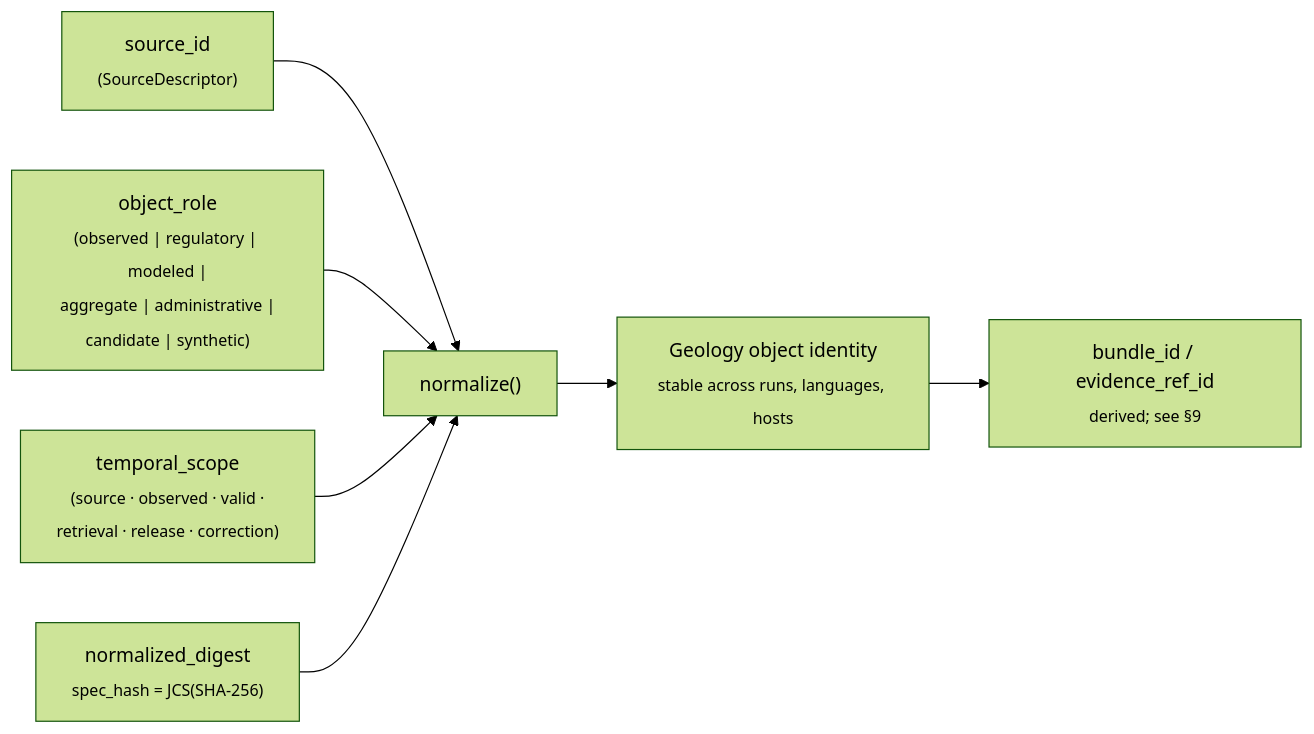
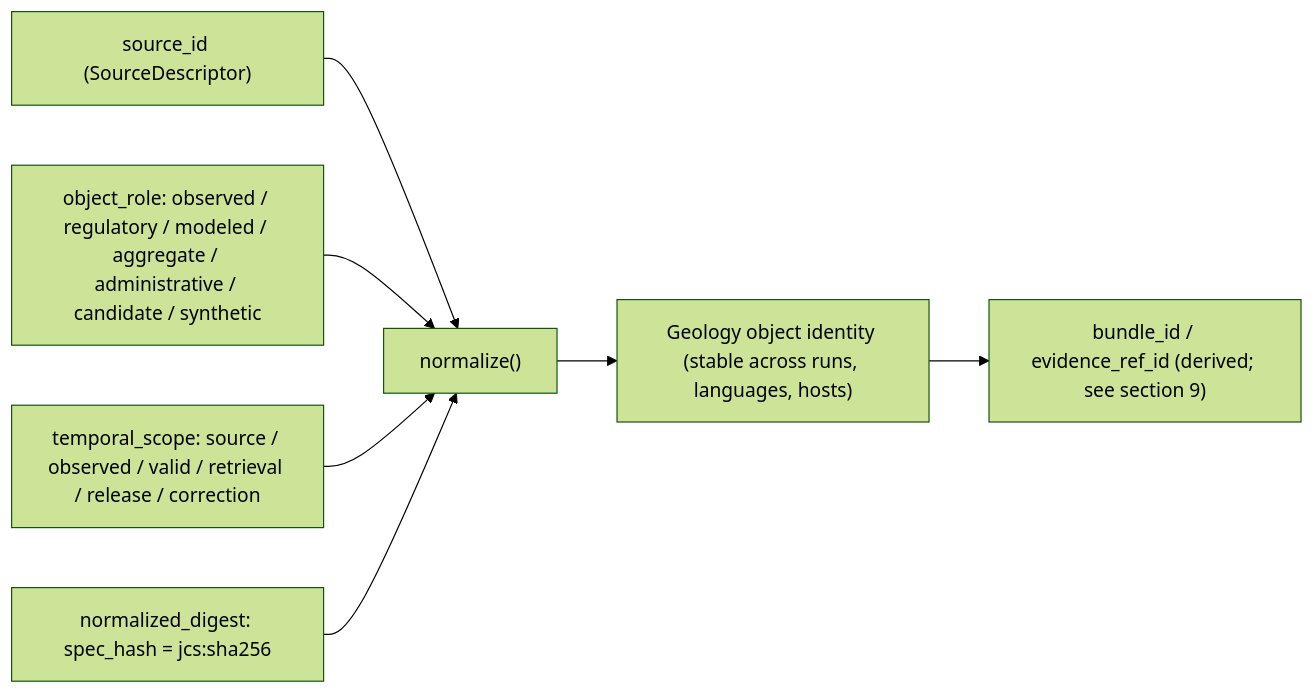
Before and after one commit to bartytime4life/Kansas-Frontier-Matrix: the first of 4 diagrams in docs/domains/geology/IDENTITY_MODEL.md, drawn with Mermaid (forest theme). The commit also changed other lines of this file, not shown here.

````diff
--- a/docs/domains/geology/IDENTITY_MODEL.md
+++ b/docs/domains/geology/IDENTITY_MODEL.md
@@ -168,9 +181,9 @@
 ```mermaid
 flowchart LR
-    A["source_id<br/><sub>(SourceDescriptor)</sub>"] --> N["normalize()"]
-    B["object_role<br/><sub>(observed | regulatory | modeled |<br/>aggregate | administrative |<br/>candidate | synthetic)</sub>"] --> N
-    C["temporal_scope<br/><sub>(source · observed · valid ·<br/>retrieval · release · correction)</sub>"] --> N
-    D["normalized_digest<br/><sub>spec_hash = JCS(SHA-256)</sub>"] --> N
-    N --> ID["Geology object identity<br/><sub>stable across runs, languages, hosts</sub>"]
-    ID --> BID["bundle_id / evidence_ref_id<br/><sub>derived; see §9</sub>"]
+    A["source_id (SourceDescriptor)"] --> N["normalize()"]
+    B["object_role: observed / regulatory / modeled / aggregate / administrative / candidate / synthetic"] --> N
+    C["temporal_scope: source / observed / valid / retrieval / release / correction"] --> N
+    D["normalized_digest: spec_hash = jcs:sha256"] --> N
+    N --> ID["Geology object identity (stable across runs, languages, hosts)"]
+    ID --> BID["bundle_id / evidence_ref_id (derived; see section 9)"]
 ```
````
